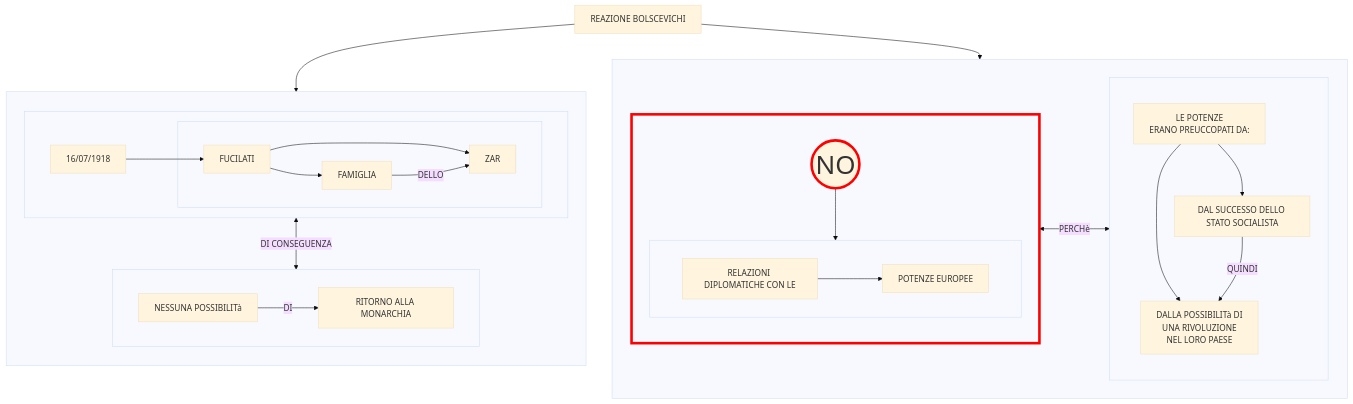
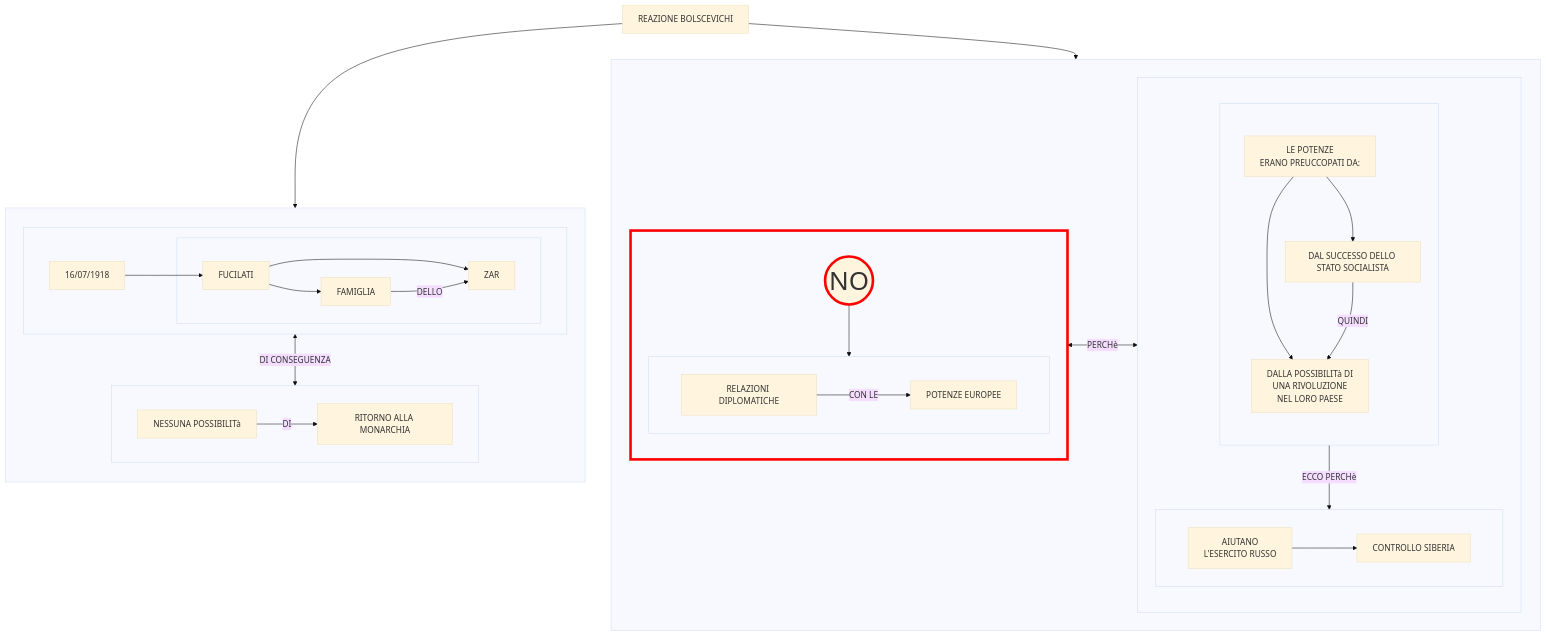
The eighth of 8 diagrams in stalinismo.md (Laaouatni/ricerca-storia-MermaidJS), drawn with Mermaid (base theme) before and after one commit.

Commit message:
Refactor flowchart in stalinismo.md to improve clarity and structure by renaming nodes and reorganizing subgraphs

````diff
--- a/stalinismo.md
+++ b/stalinismo.md
@@ -346,46 +346,54 @@
 ```mermaid
 flowchart TB
     0[REAZIONE BOLSCEVICHI]
     subgraph 13[" "]
         direction TB;
         subgraph 1[" "]
             10[16/07/1918]
             subgraph 11[" "]
                 110[FUCILATI]
                 1100[ZAR]
                 1101[FAMIGLIA]
                 110 --> 1100 & 1101
                 1101 -->|DELLO| 1100
             end
             10 --> 110
         end
         subgraph 12[" "]
             120[NESSUNA POSSIBILITà]
             121[RITORNO ALLA MONARCHIA]
             120 --> |DI| 121
         end
         1 <-->|DI CONSEGUENZA| 12 
     end
     subgraph 2[" "]
         subgraph 20[" "]
             200((NO))
             style 200 stroke:#ff0000, stroke-width:5px, font-size:50px;
             subgraph 21[" "]
-                210[RELAZIONI DIPLOMATICHE CON LE]
+                210[RELAZIONI DIPLOMATICHE]
                 211[POTENZE EUROPEE]
-                210 --> 211
+                210 -->|CON LE| 211
             end
             200 --> 21
         end
         style 20 stroke:#ff0000, stroke-width:5px;
-        subgraph 25[" "]
-            250[LE POTENZE <BR> ERANO PREUCCOPATI DA:]
-            2500[DAL SUCCESSO DELLO STATO SOCIALISTA]
-            2501[DALLA POSSIBILITà DI <BR> UNA RIVOLUZIONE <BR> NEL LORO PAESE]
-            250 --> 2500 & 2501
-            2500 -->|QUINDI| 2501
+        subgraph 27[" "]
+            subgraph 25[" "]
+                250[LE POTENZE <BR> ERANO PREUCCOPATI DA:]
+                2500[DAL SUCCESSO DELLO STATO SOCIALISTA]
+                2501[DALLA POSSIBILITà DI <BR> UNA RIVOLUZIONE <BR> NEL LORO PAESE]
+                250 --> 2500 & 2501
+                2500 -->|QUINDI| 2501
+            end
+            subgraph 28[" "]
+                280[AIUTANO <br> L'ESERCITO RUSSO]
+                281[CONTROLLO SIBERIA]
+                280 --> 281
+            end
+            25 -->|ECCO PERCHè| 28
         end
-        20 <-->|PERCHè| 25
+        20 <-->|PERCHè| 27
     end
     0 --> 13 & 2
 ```
````
